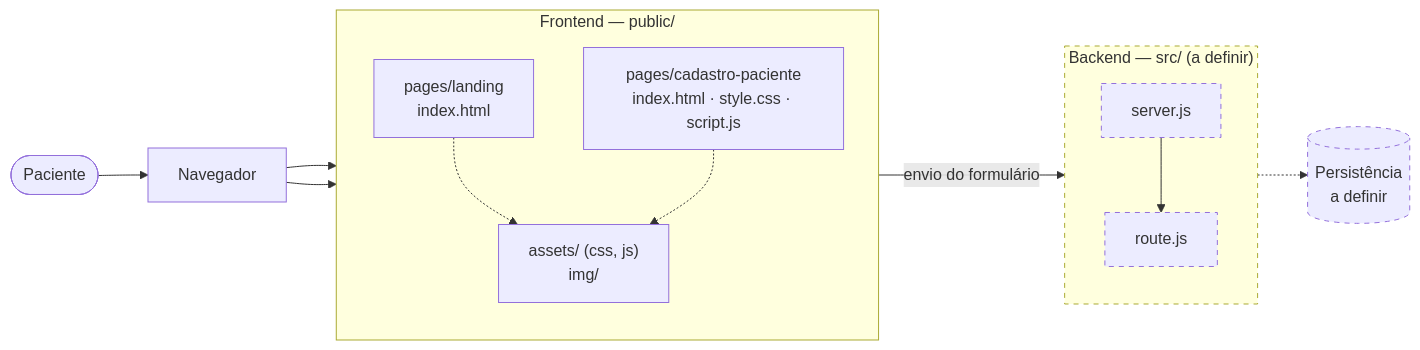
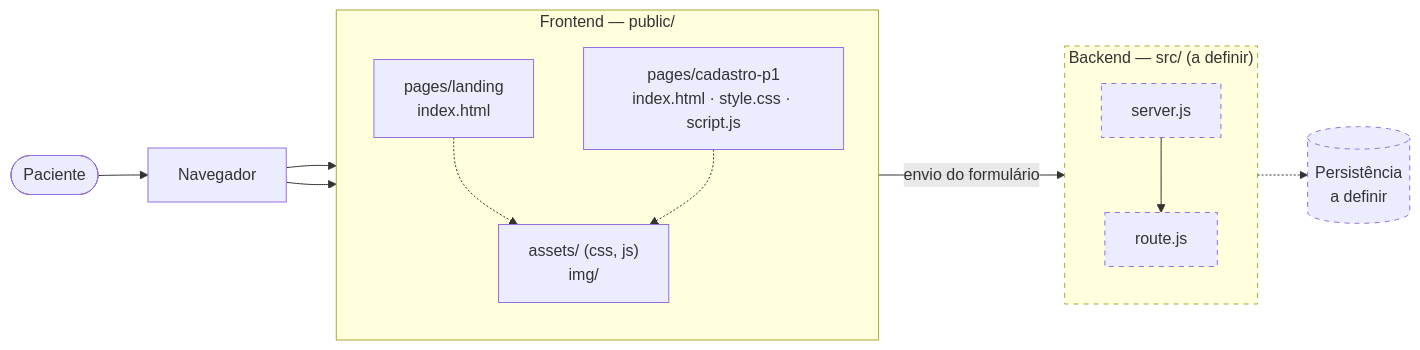
The diagram in docs/architecture/overview.md (eujalves/testeci), drawn with Mermaid before and after one commit. The commit also changed 10 other files, not shown here.

````diff
--- a/docs/architecture/overview.md
+++ b/docs/architecture/overview.md
@@ -17,26 +17,26 @@
 ```mermaid
 flowchart LR
     Paciente([Paciente]) --> Navegador[Navegador]
 
     subgraph Frontend["Frontend — public/"]
         direction TB
         Landing["pages/landing<br/>index.html"]
-        Cadastro["pages/cadastro-paciente<br/>index.html · style.css · script.js"]
+        Cadastro["pages/cadastro-p1<br/>index.html · style.css · script.js"]
         Assets["assets/ (css, js)<br/>img/"]
         Landing -.-> Assets
         Cadastro -.-> Assets
     end
 
     subgraph Backend["Backend — src/ (a definir)"]
         direction TB
         Server["server.js"] --> Routes["route.js"]
     end
 
     Navegador --> Landing
     Navegador --> Cadastro
     Cadastro -- "envio do formulário" --> Server
     Routes -.-> Dados[(Persistência<br/>a definir)]
 
     classDef pendente stroke-dasharray: 5 5
     class Backend,Server,Routes,Dados pendente
 ```
````
